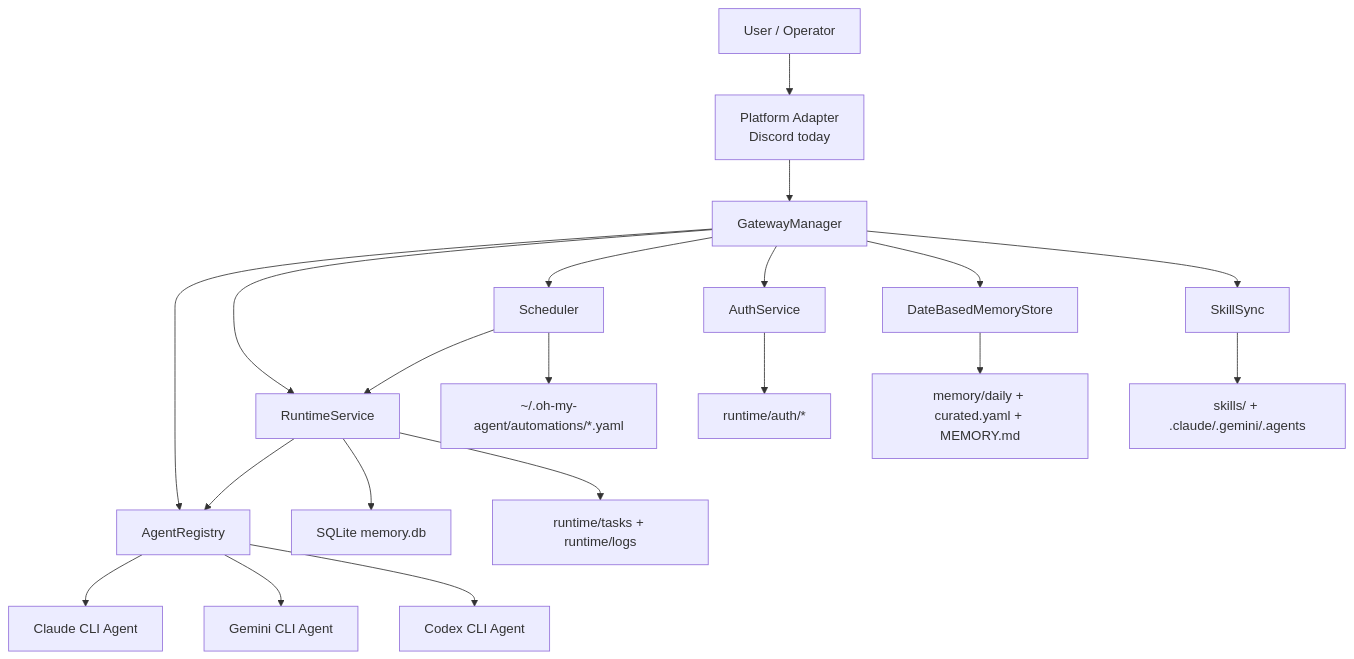
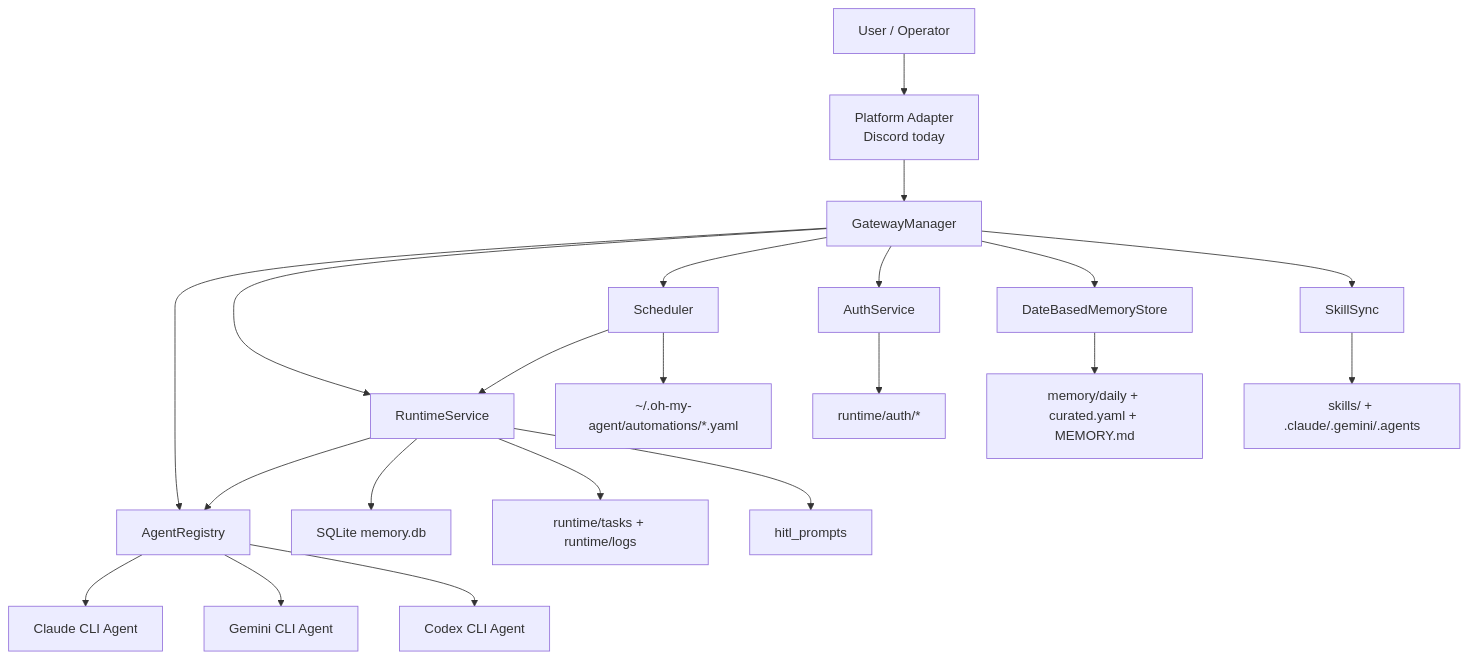
The first of 6 diagrams in docs/EN/architecture.md (TCoherence/oh-my-agent), drawn with Mermaid before and after one commit. The commit also changed other lines of this file and 22 other files, not shown here.

````diff
--- a/docs/EN/architecture.md
+++ b/docs/EN/architecture.md
@@ -17,27 +17,28 @@
 ```mermaid
 flowchart TD
     U["User / Operator"] --> P["Platform Adapter<br/>Discord today"]
     P --> GM["GatewayManager"]
 
     GM --> AR["AgentRegistry"]
     AR --> A1["Claude CLI Agent"]
     AR --> A2["Gemini CLI Agent"]
     AR --> A3["Codex CLI Agent"]
 
     GM --> RT["RuntimeService"]
     GM --> SCH["Scheduler"]
     GM --> AUTH["AuthService"]
     GM --> MEM["DateBasedMemoryStore"]
     GM --> SS["SkillSync"]
 
     RT --> AR
     RT --> DB["SQLite memory.db"]
     RT --> FS["runtime/tasks + runtime/logs"]
+    RT --> HITL["hitl_prompts"]
 
     SCH --> RT
     SCH --> AF["~/.oh-my-agent/automations/*.yaml"]
 
     AUTH --> AUTHFS["runtime/auth/*"]
     MEM --> MEMFS["memory/daily + curated.yaml + MEMORY.md"]
     SS --> SK["skills/ + .claude/.gemini/.agents"]
 ```
````
